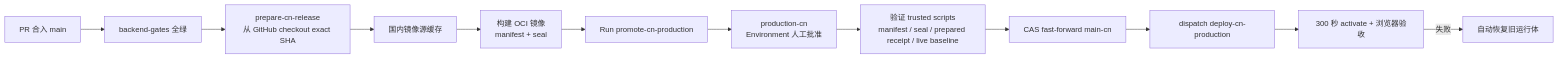
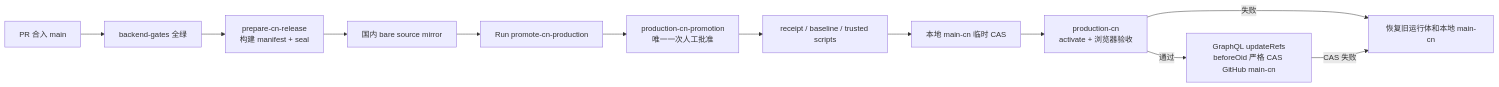
The diagram in docs/deployment/cn-production-github-release.md (boardx/workspacex), drawn with Mermaid before and after one commit. The commit also changed other lines of this file and 36 other files, not shown here.

Commit message:
fix(release): collect live attempt-bound CN preflight evidence

````diff
--- a/docs/deployment/cn-production-github-release.md
+++ b/docs/deployment/cn-production-github-release.md
@@ -5,14 +5,14 @@
 ```mermaid
 flowchart LR
   A[PR 合入 main] --> B[backend-gates 全绿]
-  B --> C[prepare-cn-release\n从 GitHub checkout exact SHA]
-  C --> D[国内镜像源缓存]
-  D --> E[构建 OCI 镜像\nmanifest + seal]
-  E --> F[Run promote-cn-production]
-  F --> G[production-cn\nEnvironment 人工批准]
-  G --> H[验证 trusted scripts\nmanifest / seal / prepared receipt / live baseline]
-  H --> I[CAS fast-forward main-cn]
-  I --> J[dispatch deploy-cn-production]
-  J --> K[300 秒 activate + 浏览器验收]
-  K -->|失败| R[自动恢复旧运行体]
+  B --> C[prepare-cn-release<br/>构建 manifest + seal]
+  C --> D[国内 bare source mirror]
+  D --> E[Run promote-cn-production]
+  E --> F[production-cn-promotion<br/>唯一一次人工批准]
+  F --> G[receipt / baseline / trusted scripts]
+  G --> H[本地 main-cn 临时 CAS]
+  H --> I[production-cn<br/>activate + 浏览器验收]
+  I -->|通过| J[GraphQL updateRefs<br/>beforeOid 严格 CAS GitHub main-cn]
+  I -->|失败| R[恢复旧运行体和本地 main-cn]
+  J -->|CAS 失败| R
 ```
````
